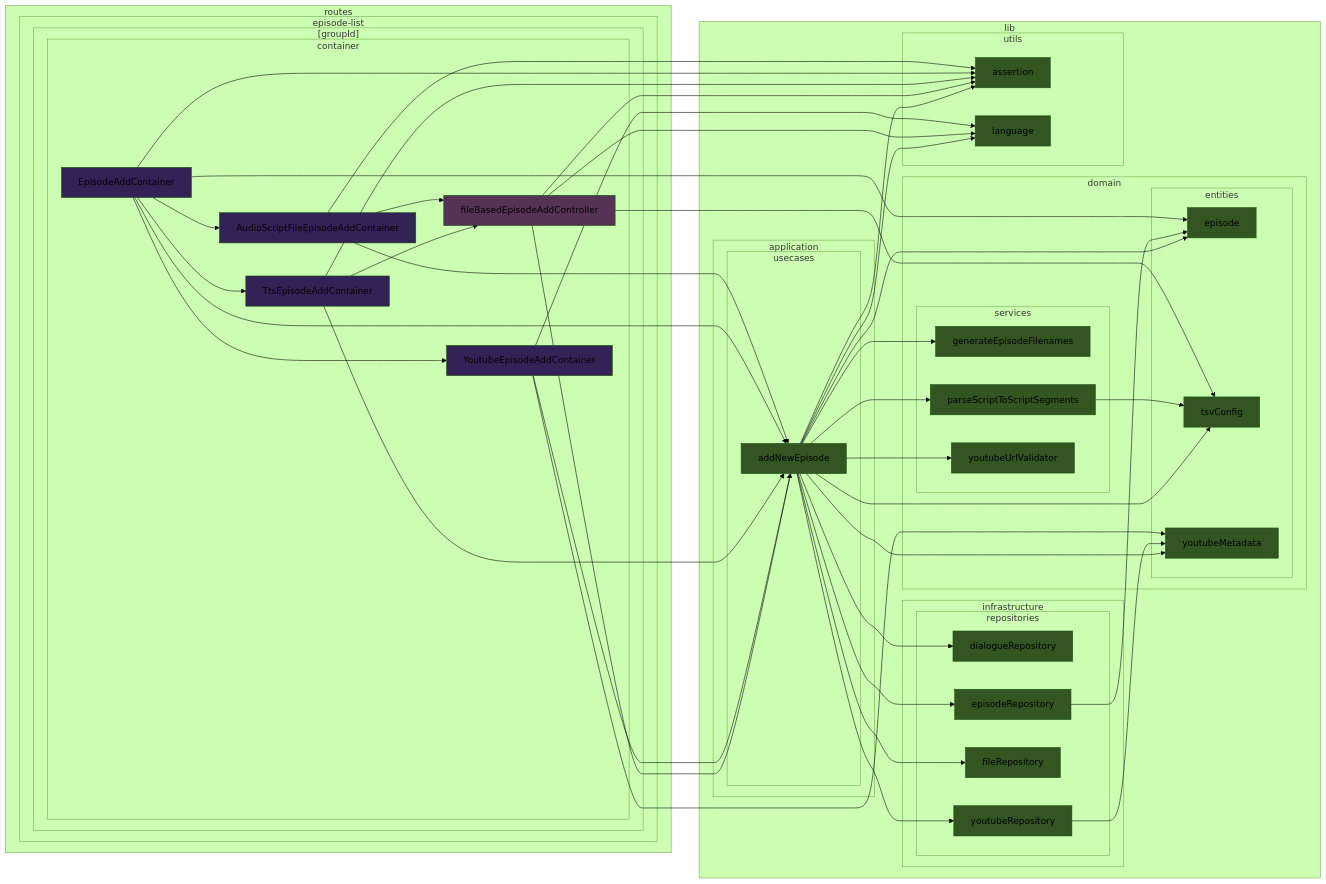
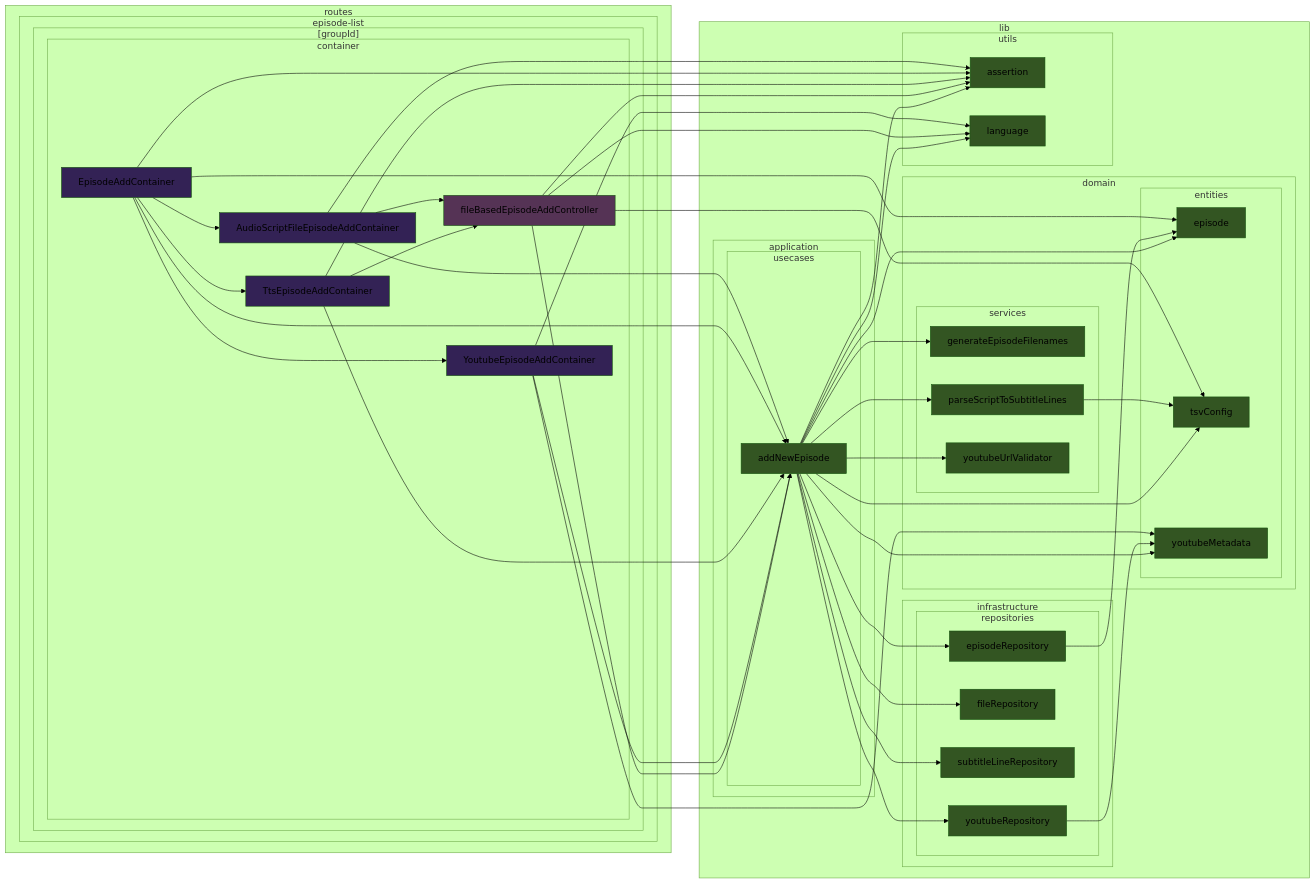
The seventh of 39 diagrams in doc/dependency-graph.md (k5n/kotonoha), drawn with Mermaid (forest theme) before and after one commit. The commit also changed other lines of this file, not shown here.

```diff
--- a/doc/dependency-graph.md
+++ b/doc/dependency-graph.md
@@ -370,15 +370,15 @@
                 end
                 subgraph sg_lib_domain_services ["services"]
                     src_lib_domain_services_generateEpisodeFilenames_ts["generateEpisodeFilenames"]
-                    src_lib_domain_services_parseScriptToScriptSegments_ts["parseScriptToScriptSegments"]
+                    src_lib_domain_services_parseScriptToSubtitleLines_ts["parseScriptToSubtitleLines"]
                     src_lib_domain_services_youtubeUrlValidator_ts["youtubeUrlValidator"]
                 end
             end
             subgraph sg_lib_infrastructure ["infrastructure"]
                 subgraph sg_lib_infrastructure_repositories ["repositories"]
-                    src_lib_infrastructure_repositories_dialogueRepository_ts["dialogueRepository"]
                     src_lib_infrastructure_repositories_episodeRepository_ts["episodeRepository"]
                     src_lib_infrastructure_repositories_fileRepository_ts["fileRepository"]
+                    src_lib_infrastructure_repositories_subtitleLineRepository_ts["subtitleLineRepository"]
                     src_lib_infrastructure_repositories_youtubeRepository_ts["youtubeRepository"]
                 end
             end
@@ -404,15 +404,15 @@
     src_lib_application_usecases_addNewEpisode_ts --> src_lib_domain_entities_tsvConfig_ts
     src_lib_application_usecases_addNewEpisode_ts --> src_lib_domain_entities_youtubeMetadata_ts
     src_lib_application_usecases_addNewEpisode_ts --> src_lib_domain_services_generateEpisodeFilenames_ts
-    src_lib_application_usecases_addNewEpisode_ts --> src_lib_domain_services_parseScriptToScriptSegments_ts
+    src_lib_application_usecases_addNewEpisode_ts --> src_lib_domain_services_parseScriptToSubtitleLines_ts
     src_lib_application_usecases_addNewEpisode_ts --> src_lib_domain_services_youtubeUrlValidator_ts
-    src_lib_application_usecases_addNewEpisode_ts --> src_lib_infrastructure_repositories_dialogueRepository_ts
     src_lib_application_usecases_addNewEpisode_ts --> src_lib_infrastructure_repositories_episodeRepository_ts
     src_lib_application_usecases_addNewEpisode_ts --> src_lib_infrastructure_repositories_fileRepository_ts
+    src_lib_application_usecases_addNewEpisode_ts --> src_lib_infrastructure_repositories_subtitleLineRepository_ts
     src_lib_application_usecases_addNewEpisode_ts --> src_lib_infrastructure_repositories_youtubeRepository_ts
     src_lib_application_usecases_addNewEpisode_ts --> src_lib_utils_assertion_ts
     src_lib_application_usecases_addNewEpisode_ts --> src_lib_utils_language_ts
-    src_lib_domain_services_parseScriptToScriptSegments_ts --> src_lib_domain_entities_tsvConfig_ts
+    src_lib_domain_services_parseScriptToSubtitleLines_ts --> src_lib_domain_entities_tsvConfig_ts
     src_lib_infrastructure_repositories_episodeRepository_ts --> src_lib_domain_entities_episode_ts
     src_lib_infrastructure_repositories_youtubeRepository_ts --> src_lib_domain_entities_youtubeMetadata_ts
     src_routes_episode_list__groupId__container_fileBasedEpisodeAddController_svelte_ts --> src_lib_application_usecases_addNewEpisode_ts
@@ -439,11 +439,11 @@
     class src_lib_domain_entities_tsvConfig_ts cssTypeScript
     class src_lib_domain_entities_youtubeMetadata_ts cssTypeScript
     class src_lib_domain_services_generateEpisodeFilenames_ts cssTypeScript
-    class src_lib_domain_services_parseScriptToScriptSegments_ts cssTypeScript
+    class src_lib_domain_services_parseScriptToSubtitleLines_ts cssTypeScript
     class src_lib_domain_services_youtubeUrlValidator_ts cssTypeScript
-    class src_lib_infrastructure_repositories_dialogueRepository_ts cssTypeScript
     class src_lib_infrastructure_repositories_episodeRepository_ts cssTypeScript
     class src_lib_infrastructure_repositories_fileRepository_ts cssTypeScript
+    class src_lib_infrastructure_repositories_subtitleLineRepository_ts cssTypeScript
     class src_lib_infrastructure_repositories_youtubeRepository_ts cssTypeScript
     class src_lib_utils_assertion_ts cssTypeScript
     class src_lib_utils_language_ts cssTypeScript
```
